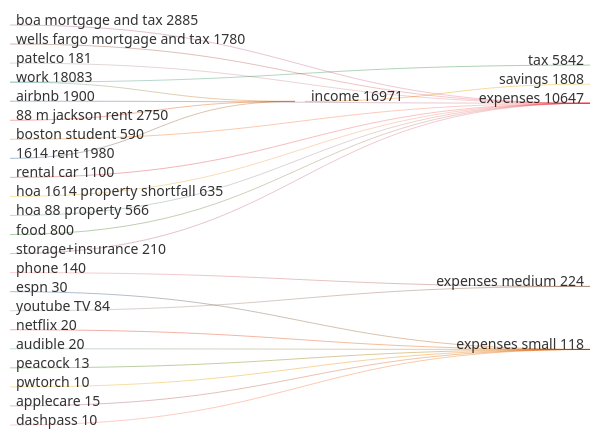
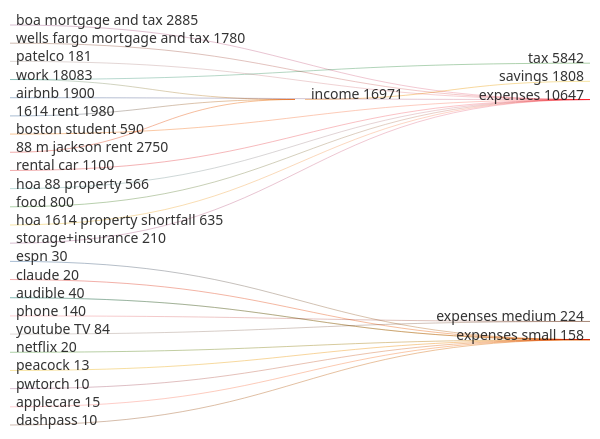
One commit to sarnobat/mermaid changed the second of 9 diagrams in README.md. Above: the diagram before and after it, drawn with Mermaid.

````diff
--- a/README.md
+++ b/README.md
@@ -114,32 +114,34 @@
 ```mermaid
 ---
 config:
   sankey:
     showValues: true
 ---
 sankey-beta
 1614 rent,income,1980
 88 m jackson rent, income,2750
 work,income,12241
 work,tax,5842
 income,savings,1808
 boa mortgage and tax,expenses,2885
 wells fargo mortgage and tax,expenses,1780
 patelco,expenses,181
 airbnb,expenses,1900
 boston student,expenses,590
 rental car,expenses,1100
 hoa 88 property,expenses,566
 food,expenses,800
 hoa 1614 property shortfall,expenses,635
 storage+insurance,expenses,210
 phone,expenses medium,140
 youtube TV,expenses medium,84
 espn,expenses small,30
+claude,expenses small,20
+audible,expenses small,20
 netflix,expenses small,20
 audible,expenses small,20
 peacock,expenses small,13
 pwtorch,expenses small,10
 applecare,expenses small,15
 dashpass,expenses small,10
 ```
````
